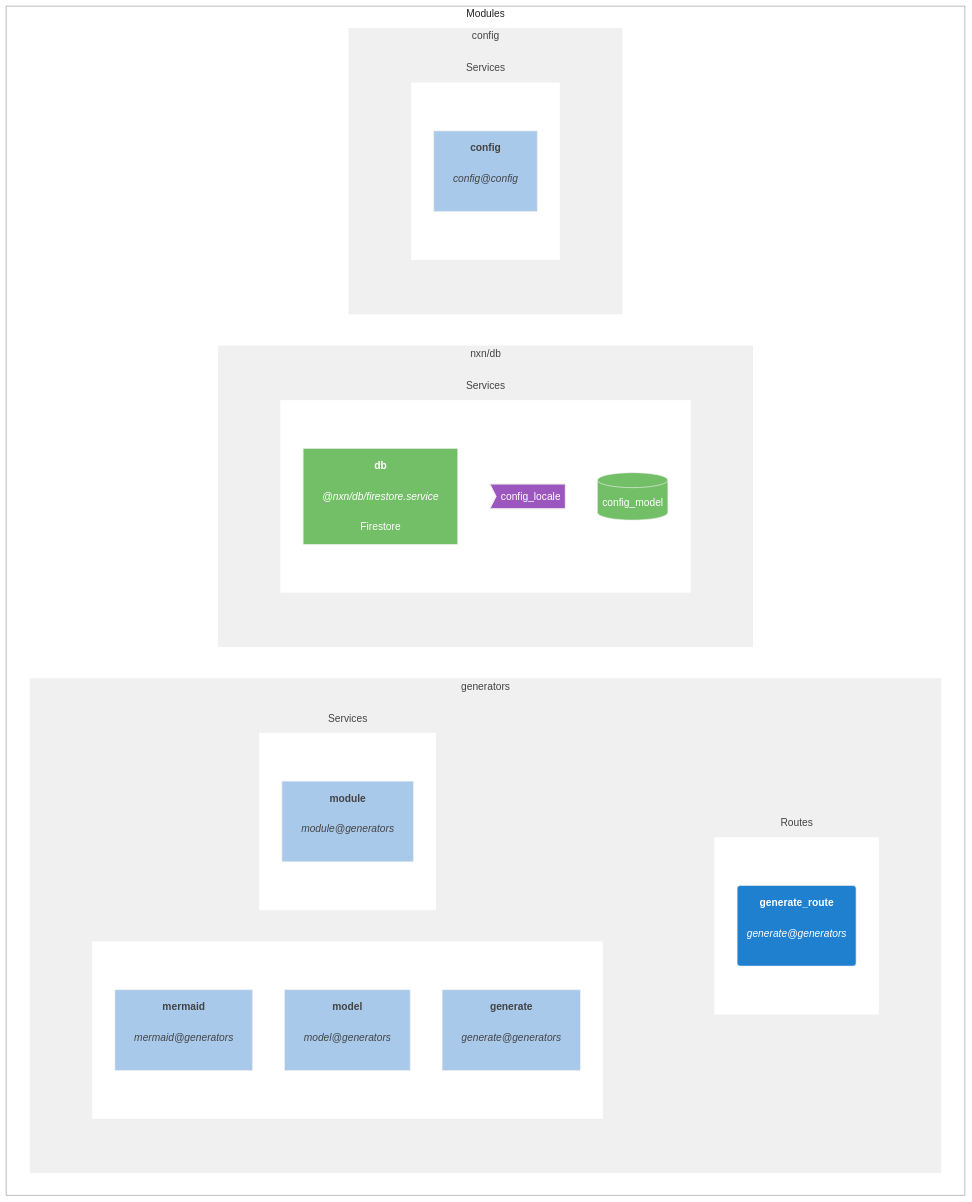
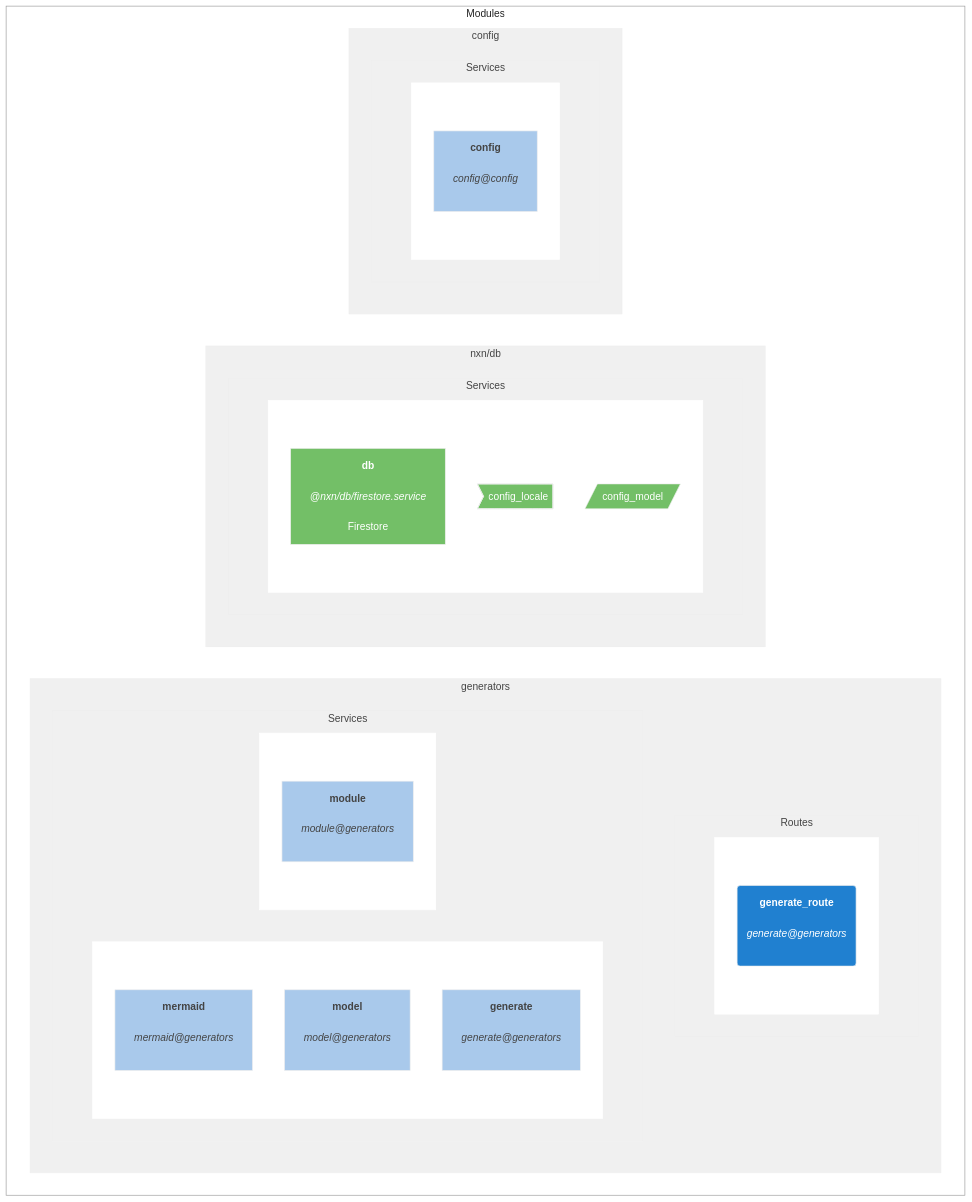
The diagram in client_data/default/config_default.modules.README.mmd (franck-yvetot/nxn-cli), drawn with Mermaid before and after one commit. The commit also changed 2 other files, not shown here.

```diff
--- a/client_data/default/config_default.modules.README.mmd
+++ b/client_data/default/config_default.modules.README.mmd
@@ -1,103 +1,103 @@
 graph TB;
 
 subgraph Modules
     direction LR;
-    classDef nodeCls fill:#C080C0,stroke:#eee,color:#fff
+    classDef nodeCls fill:#9C57BF,stroke:#eee,color:#fff
     classDef routeCls fill:#2080D0,stroke:#eee,color:#fff
-    classDef nodCls fill:#C080C0,stroke:#eee,color:#fff
+    classDef nodCls fill:#9C57BF,stroke:#eee,color:#fff
     classDef serviceCls fill:#A9C9EB,stroke:#eee,color:#444
     classDef dataCls fill:#73BF67,stroke:#eee,color:#fff
-    classDef localeCls fill:#9C57BF,stroke:#eee,color:#fff
+    classDef localeCls fill:#73BF67,stroke:#eee,color:#fff
 
 subgraph generators
 direction TB;
 
 subgraph generators:routes["Routes"]
 direction LR;
 
 subgraph generators_routes1
 direction TB;
     generate_route_doc("<b>generate_route</b><br><br><i>generate@generators</i><br><br>"):::routeCls
 
 end
 style generators_routes1 fill:#fff,stroke:#fff,color:#fff
 
 end
 style generators:routes fill:#f0f0f0,stroke:#eee,color:#444
 
 
 subgraph generators:services["Services"]
 direction LR;
 
 subgraph generators_services1
 direction TB;
     mermaid_doc["<b>mermaid</b><br><br><i>mermaid@generators</i><br><br>"]:::serviceCls
 
     model_doc["<b>model</b><br><br><i>model@generators</i><br><br>"]:::serviceCls
 
     generate_doc["<b>generate</b><br><br><i>generate@generators</i><br><br>"]:::serviceCls
 
 end
 style generators_services1 fill:#fff,stroke:#fff,color:#fff
 
 
 subgraph generators_services2
 direction TB;
     module_doc["<b>module</b><br><br><i>module@generators</i><br><br>"]:::serviceCls
 
 end
 style generators_services2 fill:#fff,stroke:#fff,color:#fff
 
 end
 style generators:services fill:#f0f0f0,stroke:#eee,color:#444
 
 end
 style generators fill:#f0f0f0,stroke:#eee,color:#444
 
 
 
 subgraph nxn/db
 direction TB;
 
 subgraph nxn/db:services["Services"]
 direction LR;
 
 subgraph nxn/db_services1
 direction TB;
     db_doc["<b>db</b><br><br><i>@nxn/db/firestore.service</i><br><br>Firestore"]:::dataCls
 
     config_locale_doc>"config_locale"]:::localeCls
 
-    config_model_doc[("config_model")]:::dataCls
+    config_model_doc[/"config_model"/]:::dataCls
 
 end
 style nxn/db_services1 fill:#fff,stroke:#fff,color:#fff
 
 end
 style nxn/db:services fill:#f0f0f0,stroke:#eee,color:#444
 
 end
 style nxn/db fill:#f0f0f0,stroke:#eee,color:#444
 
 
 
 subgraph config
 direction TB;
 
 subgraph config:services["Services"]
 direction LR;
 
 subgraph config_services1
 direction TB;
     config_doc["<b>config</b><br><br><i>config@config</i><br><br>"]:::serviceCls
 
 end
 style config_services1 fill:#fff,stroke:#fff,color:#fff
 
 end
 style config:services fill:#f0f0f0,stroke:#eee,color:#444
 
 end
 style config fill:#f0f0f0,stroke:#eee,color:#444
 end
 style Modules fill:#fff,stroke:#999,color:#222
```
